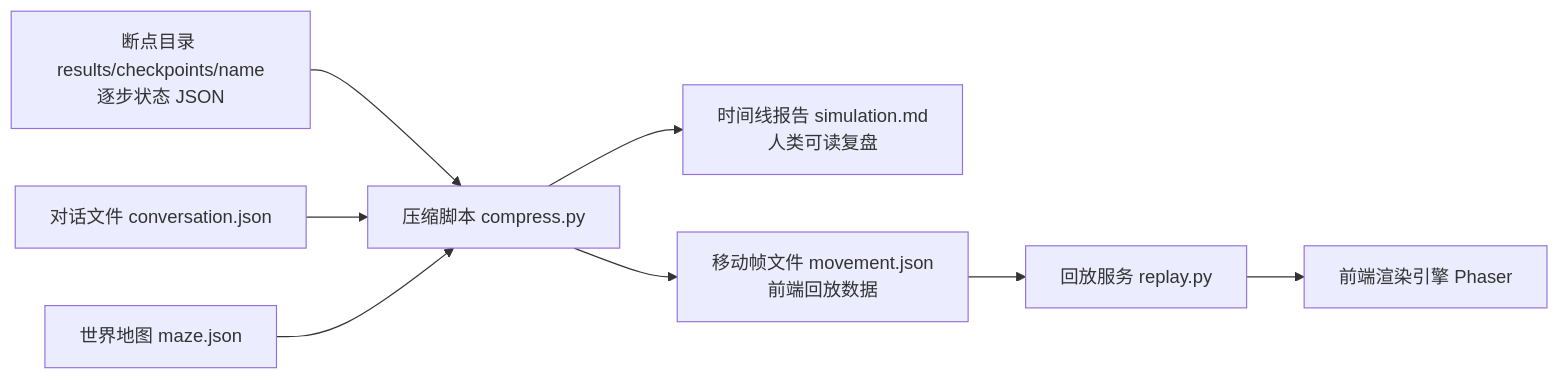
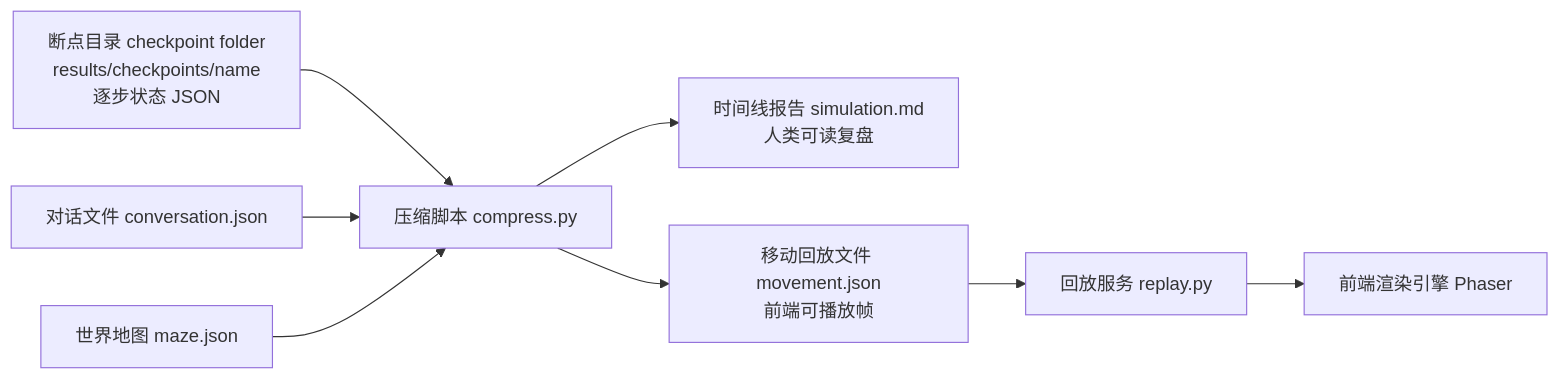
One commit to tbkken/GenerativeAgentsCN changed the first of 11 diagrams in docs/book/manuscript/part_03/chapter_23.md. Above: the diagram before and after it, drawn with Mermaid. The commit also changed other lines of this file and 47 other files, not shown here.

````diff
--- a/docs/book/manuscript/part_03/chapter_23.md
+++ b/docs/book/manuscript/part_03/chapter_23.md
@@ -23,10 +27,10 @@
 ```mermaid
 flowchart LR
-    C["断点目录 results/checkpoints/name<br/>逐步状态 JSON"] --> CP["压缩脚本 compress.py"]
+    C["断点目录 checkpoint folder<br/>results/checkpoints/name<br/>逐步状态 JSON"] --> CP["压缩脚本 compress.py"]
     Conv["对话文件 conversation.json"] --> CP
     Maze["世界地图 maze.json"] --> CP
     CP --> MD["时间线报告 simulation.md<br/>人类可读复盘"]
-    CP --> MV["移动帧文件 movement.json<br/>前端回放数据"]
+    CP --> MV["移动回放文件 movement.json<br/>前端可播放帧"]
     MV --> RP["回放服务 replay.py"]
     RP --> UI["前端渲染引擎 Phaser"]
 ```
````
